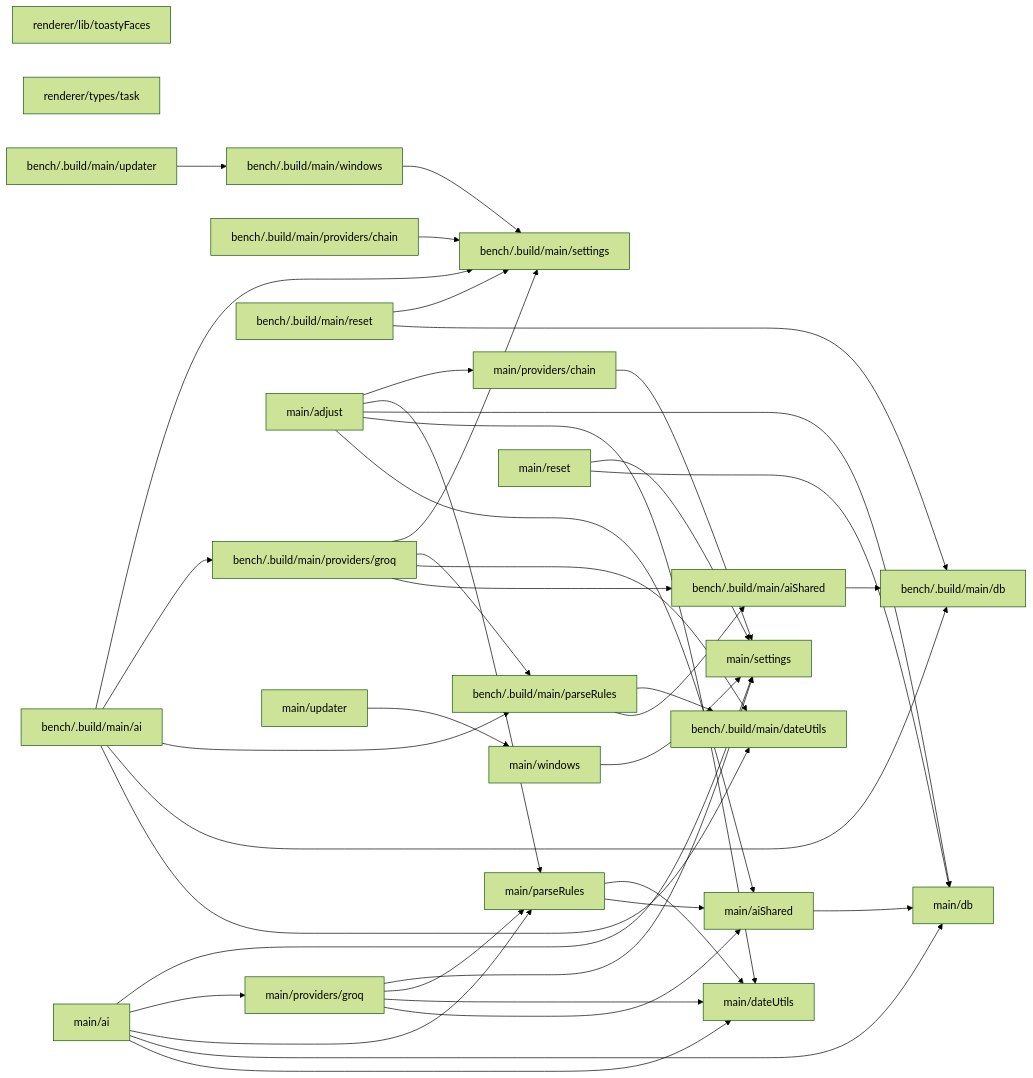
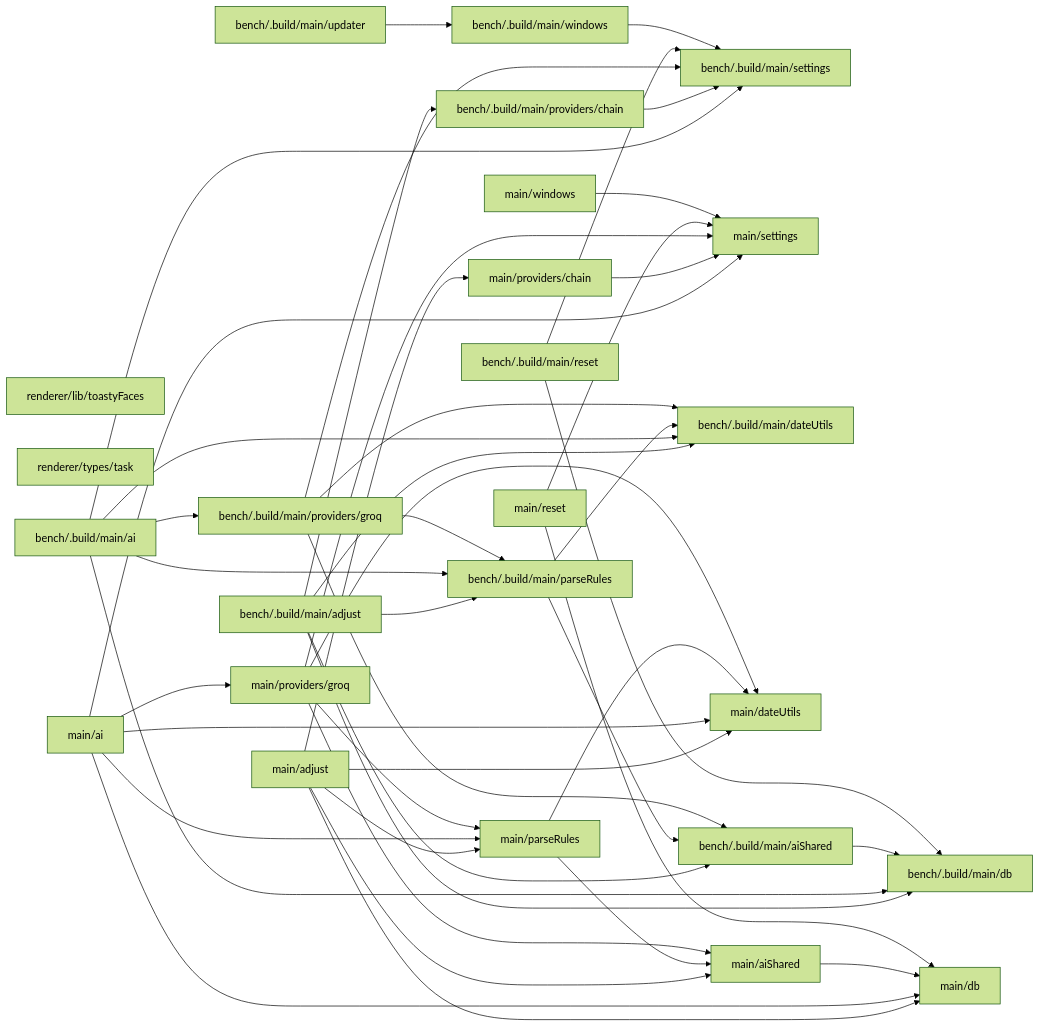
The diagram in docs/map/MAP.md (newbiemi/toasty), drawn with Mermaid (forest theme) before and after one commit. The commit also changed other lines of this file and 17 other files, not shown here.

````diff
--- a/docs/map/MAP.md
+++ b/docs/map/MAP.md
@@ -16,67 +16,71 @@
 ```mermaid
 graph LR
   n0["bench/.build/main/settings"]
   n1["main/settings"]
   n2["bench/.build/main/db"]
   n3["main/db"]
   n4["bench/.build/main/dateUtils"]
   n5["main/dateUtils"]
   n6["bench/.build/main/aiShared"]
   n7["bench/.build/main/parseRules"]
   n8["main/aiShared"]
   n9["main/parseRules"]
   n10["bench/.build/main/windows"]
   n11["main/windows"]
   n12["renderer/lib/toastyFaces"]
   n13["renderer/types/task"]
-  n14["bench/.build/main/ai"]
-  n15["bench/.build/main/providers/chain"]
-  n16["bench/.build/main/providers/groq"]
-  n17["bench/.build/main/reset"]
-  n18["bench/.build/main/updater"]
-  n19["main/adjust"]
-  n20["main/ai"]
-  n21["main/providers/chain"]
-  n22["main/providers/groq"]
-  n23["main/reset"]
-  n24["main/updater"]
+  n14["bench/.build/main/adjust"]
+  n15["bench/.build/main/ai"]
+  n16["bench/.build/main/providers/chain"]
+  n17["bench/.build/main/providers/groq"]
+  n18["bench/.build/main/reset"]
+  n19["bench/.build/main/updater"]
+  n20["main/adjust"]
+  n21["main/ai"]
+  n22["main/providers/chain"]
+  n23["main/providers/groq"]
+  n24["main/reset"]
+  n14 --> n6
   n14 --> n4
   n14 --> n2
   n14 --> n7
   n14 --> n16
-  n14 --> n0
+  n15 --> n4
+  n15 --> n2
+  n15 --> n7
+  n15 --> n17
+  n15 --> n0
   n6 --> n2
   n7 --> n6
   n7 --> n4
-  n15 --> n0
-  n16 --> n6
-  n16 --> n4
-  n16 --> n7
   n16 --> n0
-  n17 --> n2
+  n17 --> n6
+  n17 --> n4
+  n17 --> n7
   n17 --> n0
-  n18 --> n10
+  n18 --> n2
+  n18 --> n0
+  n19 --> n10
   n10 --> n0
-  n19 --> n8
-  n19 --> n5
-  n19 --> n3
-  n19 --> n9
-  n19 --> n21
+  n20 --> n8
   n20 --> n5
   n20 --> n3
   n20 --> n9
   n20 --> n22
-  n20 --> n1
+  n21 --> n5
+  n21 --> n3
+  n21 --> n9
+  n21 --> n23
+  n21 --> n1
   n8 --> n3
   n9 --> n8
   n9 --> n5
-  n21 --> n1
-  n22 --> n8
-  n22 --> n5
-  n22 --> n9
   n22 --> n1
-  n23 --> n3
+  n23 --> n8
+  n23 --> n5
+  n23 --> n9
   n23 --> n1
-  n24 --> n11
+  n24 --> n3
+  n24 --> n1
   n11 --> n1
 ```
````
